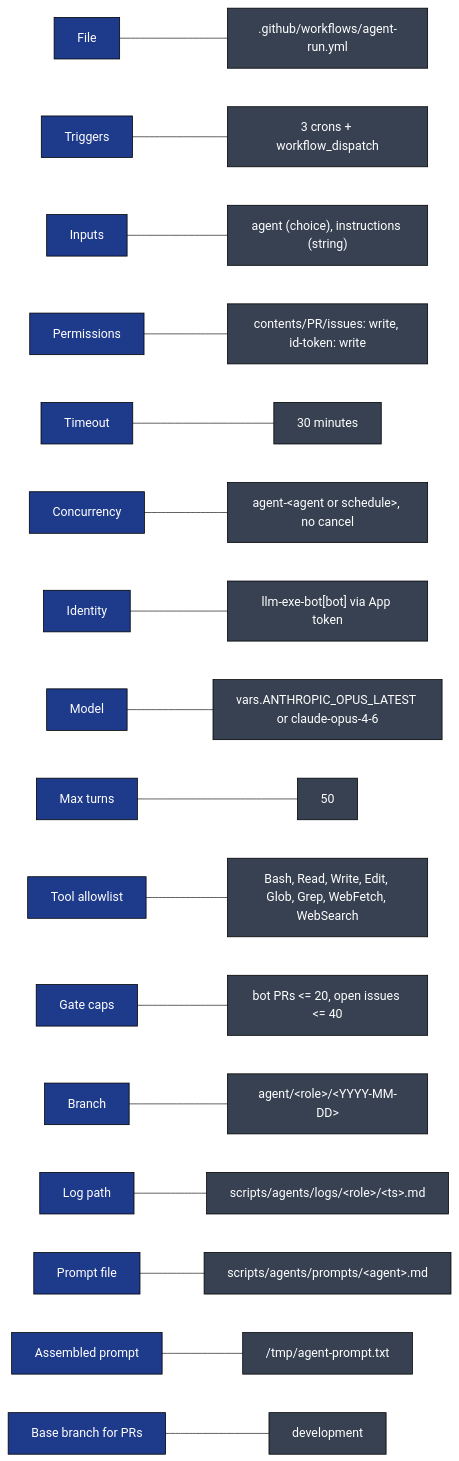
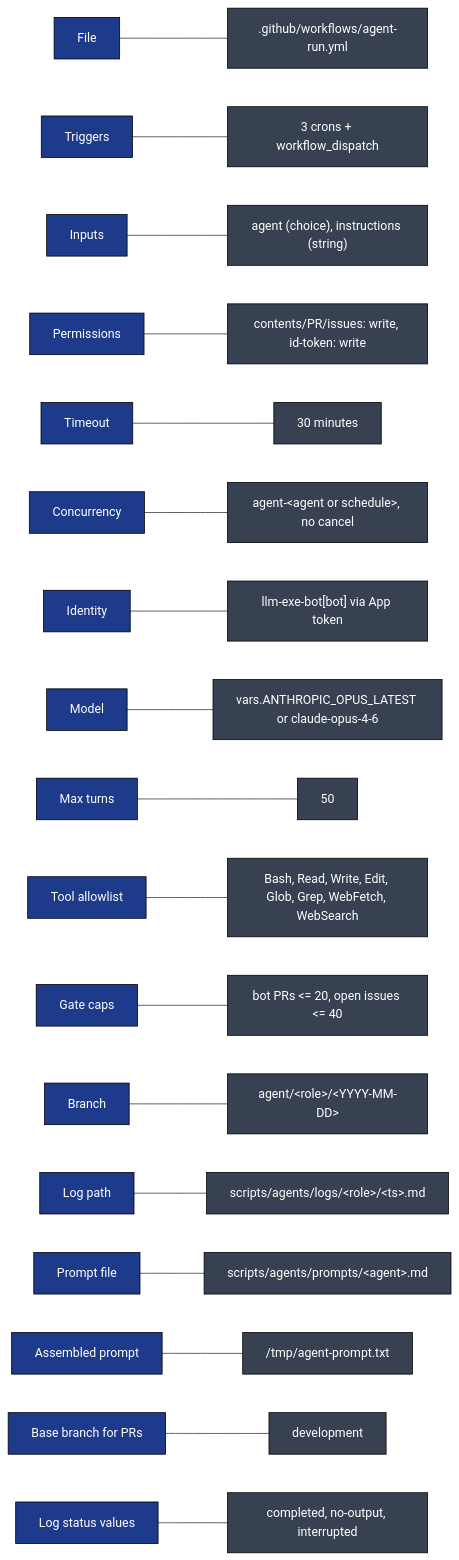
Before and after one commit to llm-exe/llm-exe: diagram 13 of 13 in .github/docs/AGENT_RUN_DEEP_DIVE.md, drawn with Mermaid. The commit also changed other lines of this file and 6 other files, not shown here.

````diff
--- a/.github/docs/AGENT_RUN_DEEP_DIVE.md
+++ b/.github/docs/AGENT_RUN_DEEP_DIVE.md
@@ -621,22 +622,23 @@
 ```mermaid
 flowchart LR
     classDef k fill:#1e3a8a,color:#fff,stroke:#000
     classDef v fill:#374151,color:#fff,stroke:#000
 
     K1["File"]:::k --- V1[".github/workflows/agent-run.yml"]:::v
     K2["Triggers"]:::k --- V2["3 crons + workflow_dispatch"]:::v
     K3["Inputs"]:::k --- V3["agent (choice), instructions (string)"]:::v
     K4["Permissions"]:::k --- V4["contents/PR/issues: write, id-token: write"]:::v
     K5["Timeout"]:::k --- V5["30 minutes"]:::v
     K6["Concurrency"]:::k --- V6["agent-&lt;agent or schedule&gt;, no cancel"]:::v
     K7["Identity"]:::k --- V7["llm-exe-bot[bot] via App token"]:::v
     K8["Model"]:::k --- V8["vars.ANTHROPIC_OPUS_LATEST or claude-opus-4-6"]:::v
     K9["Max turns"]:::k --- V9["50"]:::v
     K10["Tool allowlist"]:::k --- V10["Bash, Read, Write, Edit, Glob, Grep, WebFetch, WebSearch"]:::v
     K11["Gate caps"]:::k --- V11["bot PRs <= 20, open issues <= 40"]:::v
     K12["Branch"]:::k --- V12["agent/&lt;role&gt;/&lt;YYYY-MM-DD&gt;"]:::v
     K13["Log path"]:::k --- V13["scripts/agents/logs/&lt;role&gt;/&lt;ts&gt;.md"]:::v
     K14["Prompt file"]:::k --- V14["scripts/agents/prompts/&lt;agent&gt;.md"]:::v
     K15["Assembled prompt"]:::k --- V15["/tmp/agent-prompt.txt"]:::v
     K16["Base branch for PRs"]:::k --- V16["development"]:::v
+    K17["Log status values"]:::k --- V17["completed, no-output, interrupted"]:::v
 ```
````
